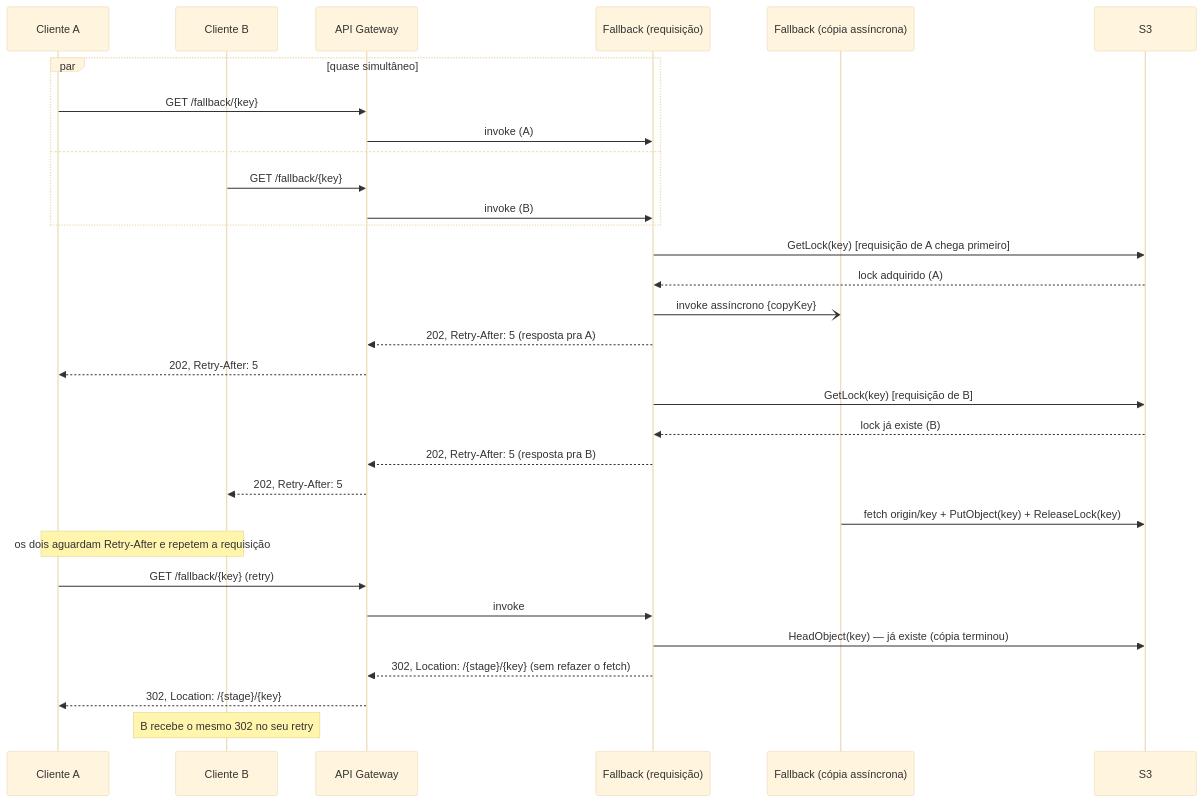
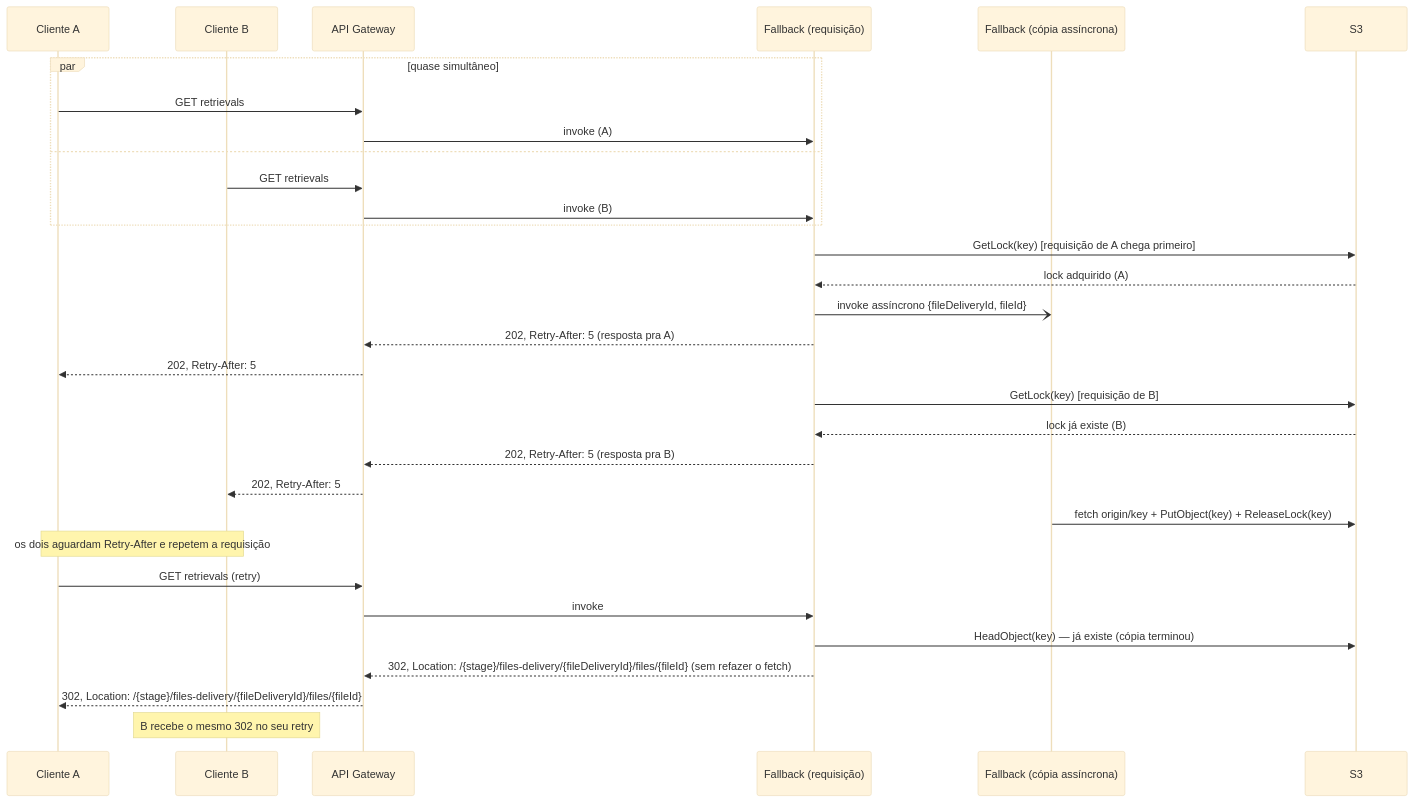
One commit to brunojet/apigw-transfer changed the third of 4 diagrams in docs/client-behavior.md. Above: the diagram before and after it, drawn with Mermaid (base theme). The commit also changed other lines of this file and 17 other files, not shown here.

````diff
--- a/docs/client-behavior.md
+++ b/docs/client-behavior.md
@@ -124,37 +135,37 @@
 ```mermaid
 sequenceDiagram
     participant A as Cliente A
     participant B as Cliente B
     participant AGW as API Gateway
     participant L as Fallback (requisição)
     participant W as Fallback (cópia assíncrona)
     participant S3 as S3
 
     par quase simultâneo
-        A->>AGW: GET /fallback/{key}
+        A->>AGW: GET retrievals
         AGW->>L: invoke (A)
     and
-        B->>AGW: GET /fallback/{key}
+        B->>AGW: GET retrievals
         AGW->>L: invoke (B)
     end
 
     L->>S3: GetLock(key)  [requisição de A chega primeiro]
     S3-->>L: lock adquirido (A)
-    L-)W: invoke assíncrono {copyKey}
+    L-)W: invoke assíncrono {fileDeliveryId, fileId}
     L-->>AGW: 202, Retry-After: 5   (resposta pra A)
     AGW-->>A: 202, Retry-After: 5
     L->>S3: GetLock(key)  [requisição de B]
     S3-->>L: lock já existe (B)
     L-->>AGW: 202, Retry-After: 5   (resposta pra B)
     AGW-->>B: 202, Retry-After: 5
 
     W->>S3: fetch origin/key + PutObject(key) + ReleaseLock(key)
 
     Note over A,B: os dois aguardam Retry-After e repetem a requisição
-    A->>AGW: GET /fallback/{key}  (retry)
+    A->>AGW: GET retrievals  (retry)
     AGW->>L: invoke
     L->>S3: HeadObject(key) — já existe (cópia terminou)
-    L-->>AGW: 302, Location: /{stage}/{key}   (sem refazer o fetch)
-    AGW-->>A: 302, Location: /{stage}/{key}
+    L-->>AGW: 302, Location: /{stage}/files-delivery/{fileDeliveryId}/files/{fileId}   (sem refazer o fetch)
+    AGW-->>A: 302, Location: /{stage}/files-delivery/{fileDeliveryId}/files/{fileId}
     Note over B: B recebe o mesmo 302 no seu retry
 ```
````
